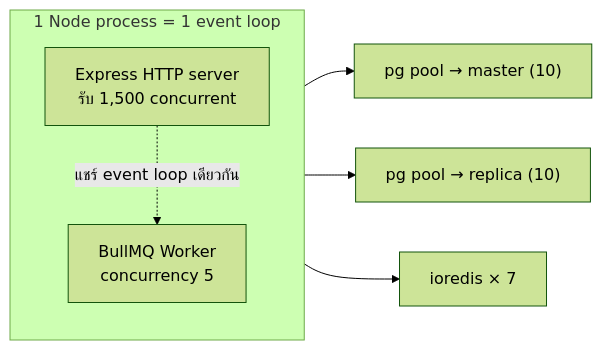
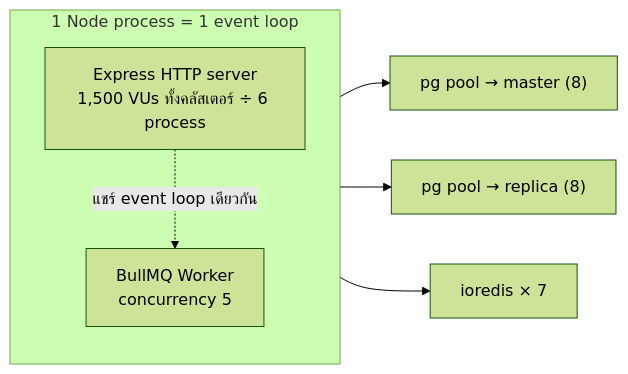
Before and after one commit to tophbeifong123/mini-project-backend-mobile: the second of 7 diagrams in docs/Codebase/All_in_one/codebase-guide.md, drawn with Mermaid (forest theme). The commit also changed other lines of this file and 11 other files, not shown here.

````diff
--- a/docs/Codebase/All_in_one/codebase-guide.md
+++ b/docs/Codebase/All_in_one/codebase-guide.md
@@ -82,11 +85,11 @@
 ```mermaid
 flowchart LR
     subgraph P["1 Node process = 1 event loop"]
-        HTTP["Express HTTP server<br/>รับ 1,500 concurrent"]
+        HTTP["Express HTTP server<br/>1,500 VUs ทั้งคลัสเตอร์ ÷ 6 process"]
         W["BullMQ Worker<br/>concurrency 5"]
         HTTP -.->|"แชร์ event loop เดียวกัน"| W
     end
-    P --> POOL1["pg pool → master (10)"]
-    P --> POOL2["pg pool → replica (10)"]
+    P --> POOL1["pg pool → master (8)"]
+    P --> POOL2["pg pool → replica (8)"]
     P --> R["ioredis × 7"]
 ```
````
